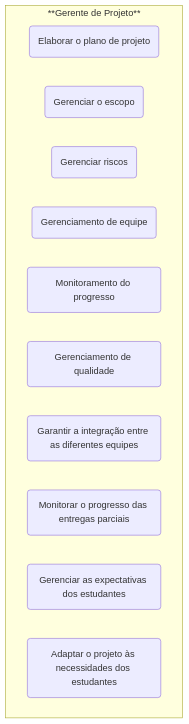
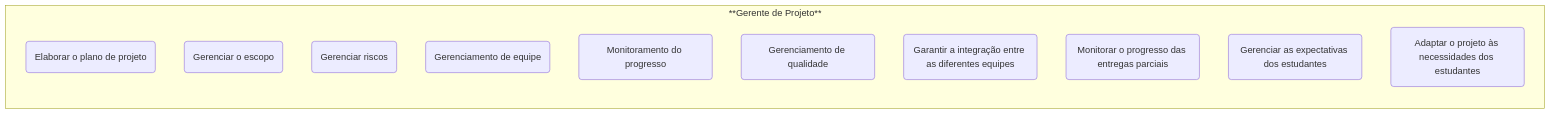
One commit to leowbk77/FocaVest changed the diagram in docs/planometodologico.md. Above: the diagram before and after it, drawn with Mermaid. The commit also changed other lines of this file, not shown here.

Commit message:
mermaid update

```diff
--- a/docs/planometodologico.md
+++ b/docs/planometodologico.md
@@ -72,15 +72,16 @@
 <pre class="mermaid">
-flowchart TD;
-subgraph "**Gerente de Projeto**"
-a(Elaborar o plano de projeto)
-b(Gerenciar o escopo)
-c(Gerenciar riscos)
-d(Gerenciamento de equipe)
-e(Monitoramento do progresso)
-f(Gerenciamento de qualidade)
-g(Garantir a integração entre as diferentes equipes)
-h(Monitorar o progresso das entregas parciais)
-i(Gerenciar as expectativas dos estudantes)
-j(Adaptar o projeto às necessidades dos estudantes)
+flowchart LR;
+    subgraph "**Gerente de Projeto**"
+        direction TD
+        a(Elaborar o plano de projeto)
+        b(Gerenciar o escopo)
+        c(Gerenciar riscos)
+        d(Gerenciamento de equipe)
+        e(Monitoramento do progresso)
+        f(Gerenciamento de qualidade)
+        g(Garantir a integração entre as diferentes equipes)
+        h(Monitorar o progresso das entregas parciais)
+        i(Gerenciar as expectativas dos estudantes)
+        j(Adaptar o projeto às necessidades dos estudantes)
 end
 </pre>
```
